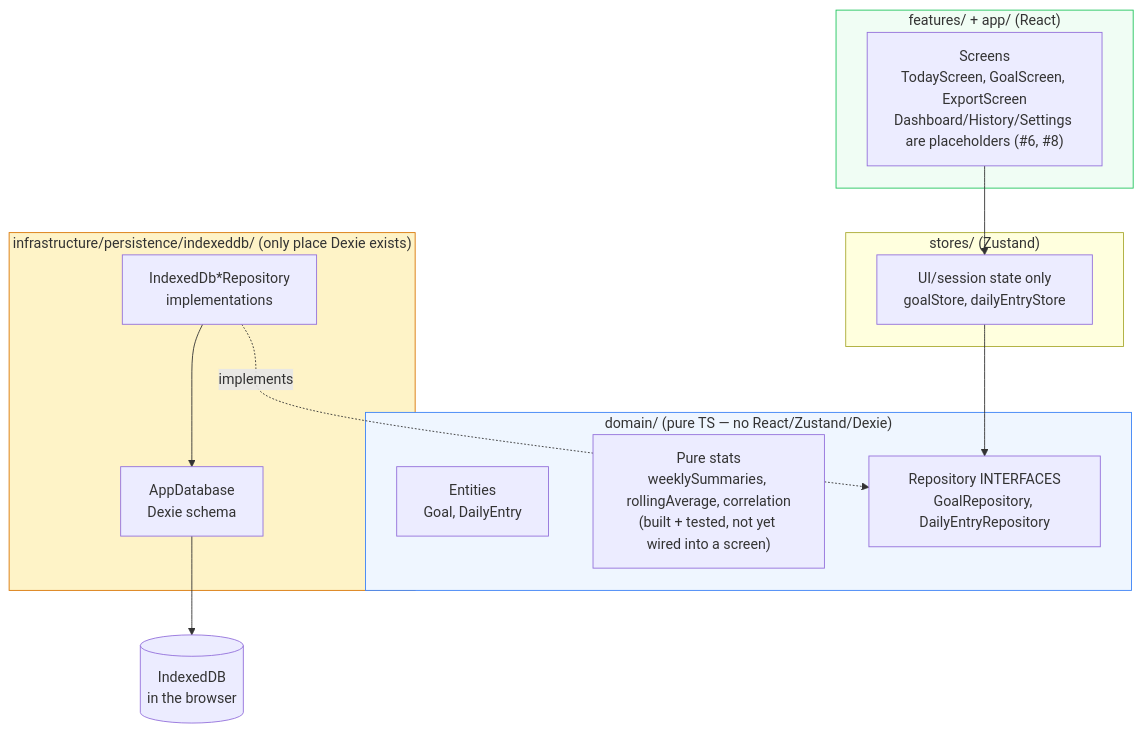
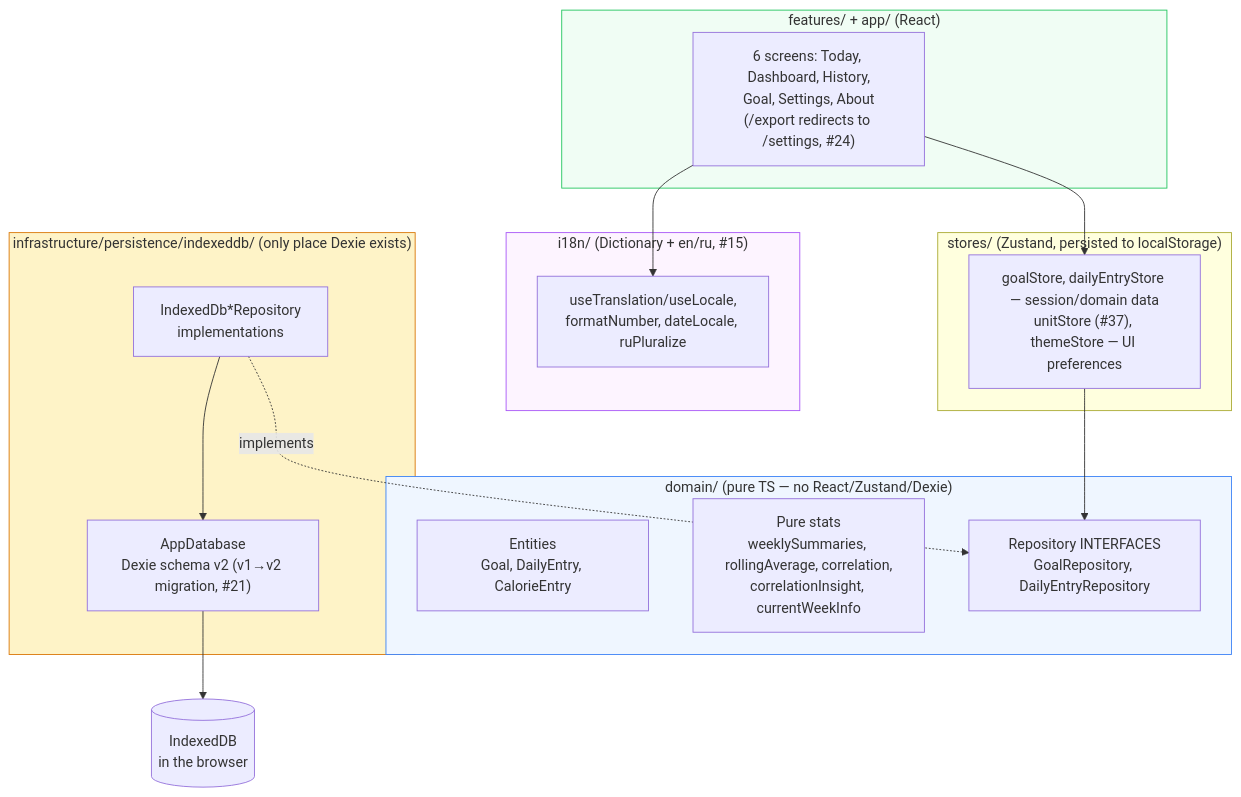
Before and after one commit to ZhannaM85/turtle-steps-to-the-goal: the first of 3 diagrams in docs/ARCHITECTURE.md, drawn with Mermaid. The commit also changed other lines of this file and 1 other file, not shown here.

First line of the commit message:
Catch up ARCHITECTURE.md to current state; add doc-update rule to CLAUDE.md

````diff
--- a/docs/ARCHITECTURE.md
+++ b/docs/ARCHITECTURE.md
@@ -15,28 +15,33 @@
 ```mermaid
 flowchart TD
     subgraph UI ["features/ + app/  (React)"]
-        A["Screens<br/>TodayScreen, GoalScreen, ExportScreen<br/>Dashboard/History/Settings are placeholders (#6, #8)"]
+        A["6 screens: Today, Dashboard, History,<br/>Goal, Settings, About<br/>(/export redirects to /settings, #24)"]
     end
-    subgraph State ["stores/  (Zustand)"]
-        B["UI/session state only<br/>goalStore, dailyEntryStore"]
+    subgraph I18n ["i18n/  (Dictionary + en/ru, #15)"]
+        Z["useTranslation/useLocale,<br/>formatNumber, dateLocale, ruPluralize"]
+    end
+    subgraph State ["stores/  (Zustand, persisted to localStorage)"]
+        B["goalStore, dailyEntryStore — session/domain data<br/>unitStore (#37), themeStore — UI preferences"]
     end
     subgraph Domain ["domain/  (pure TS — no React/Zustand/Dexie)"]
-        C["Entities<br/>Goal, DailyEntry"]
-        D["Pure stats<br/>weeklySummaries, rollingAverage, correlation<br/>(built + tested, not yet wired into a screen)"]
+        C["Entities<br/>Goal, DailyEntry, CalorieEntry"]
+        D["Pure stats<br/>weeklySummaries, rollingAverage, correlation,<br/>correlationInsight, currentWeekInfo"]
         E["Repository INTERFACES<br/>GoalRepository, DailyEntryRepository"]
     end
     subgraph Infra ["infrastructure/persistence/indexeddb/  (only place Dexie exists)"]
-        F["AppDatabase<br/>Dexie schema"]
+        F["AppDatabase<br/>Dexie schema v2 (v1→v2 migration, #21)"]
         G["IndexedDb*Repository<br/>implementations"]
     end
 
     A --> B
+    A --> Z
     B --> E
     G -. implements .-> E
     G --> F
     F --> H[("IndexedDB<br/>in the browser")]
 
     style Domain fill:#eff6ff,stroke:#3b82f6
     style Infra fill:#fef3c7,stroke:#d97706
     style UI fill:#f0fdf4,stroke:#22c55e
+    style I18n fill:#fdf4ff,stroke:#a855f7
 ```
````
